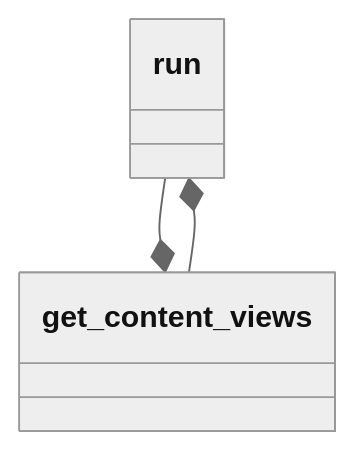
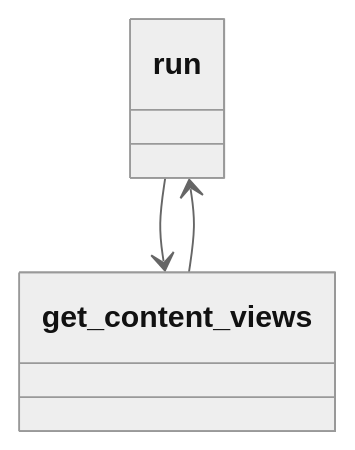
One commit to ambrisolla/katello-publish-content-view changed the diagram in README.md. Above: the diagram before and after it, drawn with Mermaid (neutral theme).

Commit message:
add script

````diff
--- a/README.md
+++ b/README.md
@@ -51,6 +51,6 @@
 ```mermaid
 classDiagram
-run --* get_content_views
-get_content_views --* run
+run --> get_content_views
+get_content_views --> run
 
 ```
````
